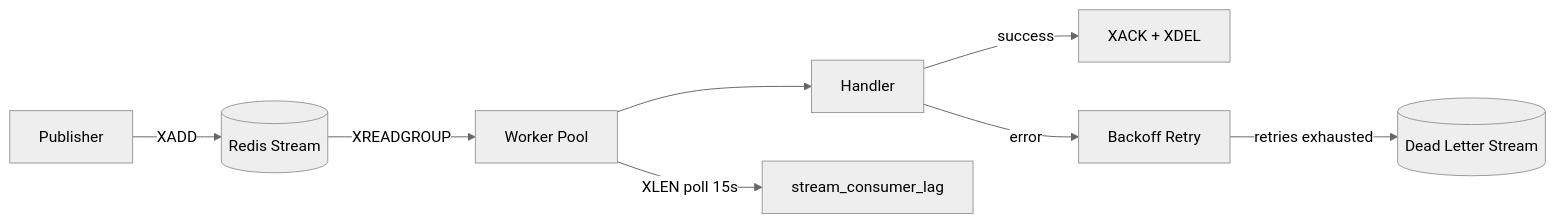
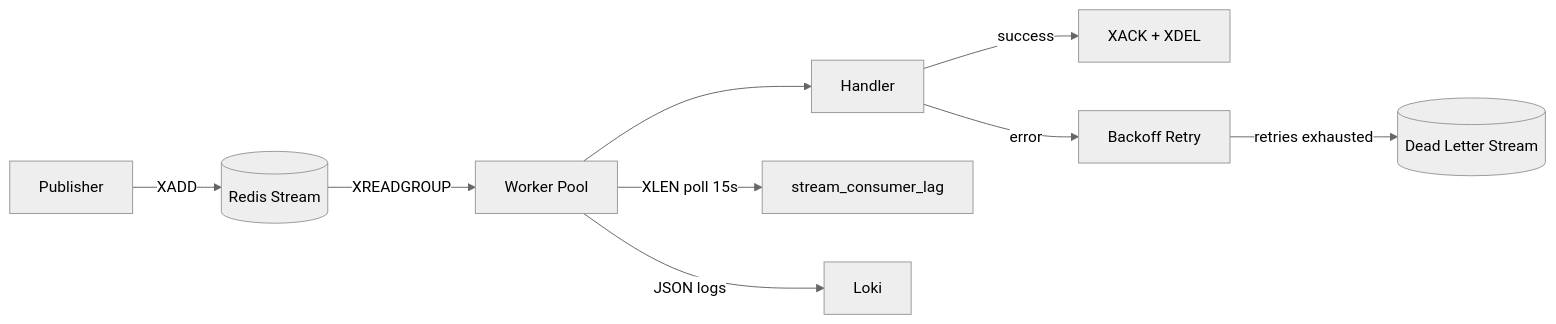
The first of 4 diagrams in README.md (vinnedev/redis-stream-go), drawn with Mermaid (neutral theme) before and after one commit. The commit also changed other lines of this file and 8 other files, not shown here.

````diff
--- a/README.md
+++ b/README.md
@@ -7,10 +7,11 @@
 ```mermaid
 flowchart LR
     P[Publisher] -->|XADD| RS[(Redis Stream)]
     RS -->|XREADGROUP| W[Worker Pool]
     W --> H[Handler]
     H -->|success| A[XACK + XDEL]
     H -->|error| R[Backoff Retry]
     R -->|retries exhausted| D[(Dead Letter Stream)]
     W -->|XLEN poll 15s| M[stream_consumer_lag]
+    W -->|JSON logs| L[Loki]
 ```
````
